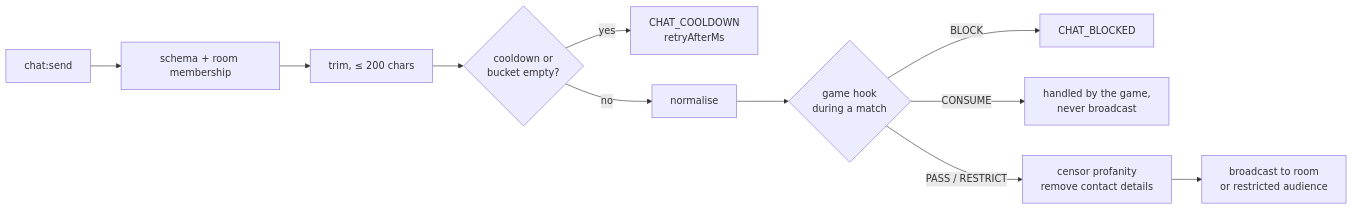
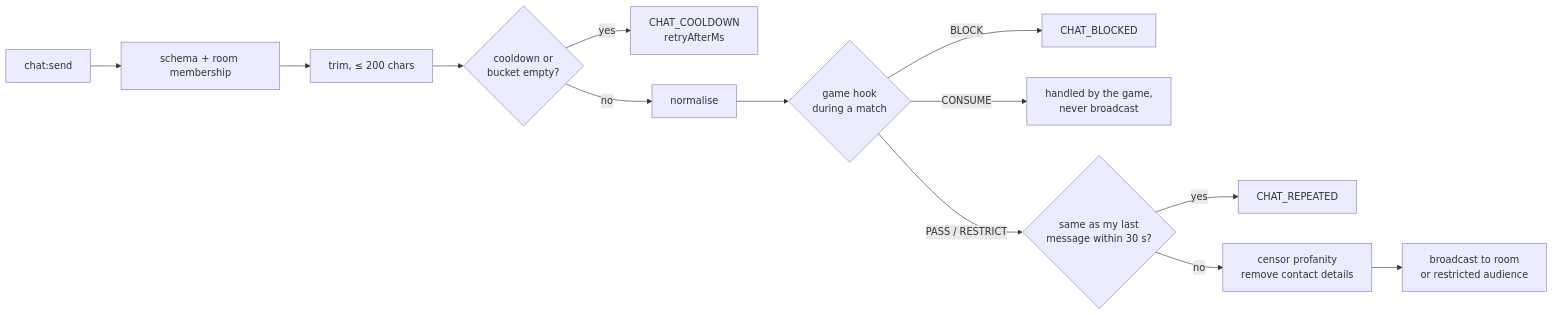
The diagram in docs/CHAT_AND_MODERATION.md (Archiit-jain/classroom-games), drawn with Mermaid before and after one commit. The commit also changed other lines of this file and 12 other files, not shown here.

````diff
--- a/docs/CHAT_AND_MODERATION.md
+++ b/docs/CHAT_AND_MODERATION.md
@@ -12,13 +12,15 @@
 ```mermaid
 flowchart LR
   A[chat:send] --> B[schema + room membership]
   B --> C[trim, ≤ 200 chars]
   C --> D{cooldown or<br/>bucket empty?}
   D -- yes --> X[CHAT_COOLDOWN<br/>retryAfterMs]
   D -- no --> E[normalise]
   E --> F{game hook<br/>during a match}
   F -- BLOCK --> Y[CHAT_BLOCKED]
   F -- CONSUME --> Z[handled by the game,<br/>never broadcast]
-  F -- PASS / RESTRICT --> G[censor profanity<br/>remove contact details]
+  F -- PASS / RESTRICT --> R{same as my last<br/>message within 30 s?}
+  R -- yes --> W[CHAT_REPEATED]
+  R -- no --> G[censor profanity<br/>remove contact details]
   G --> H[broadcast to room<br/>or restricted audience]
 ```
````
